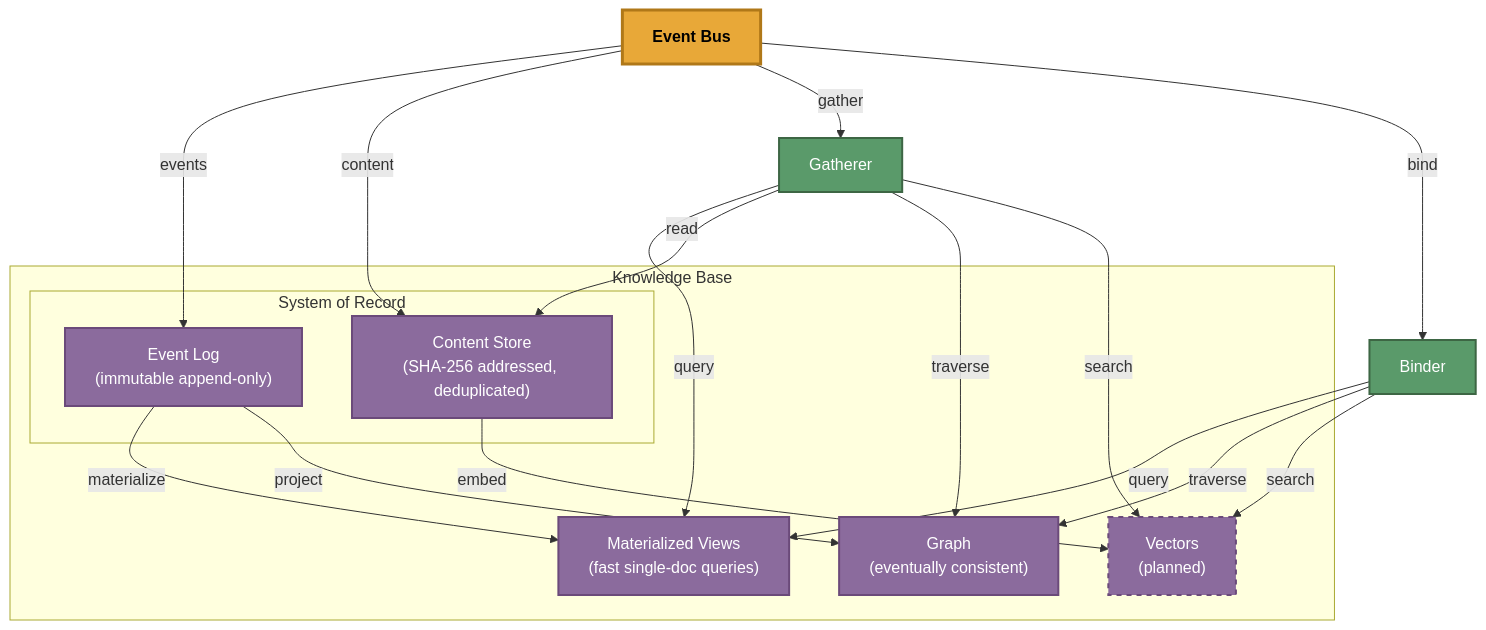
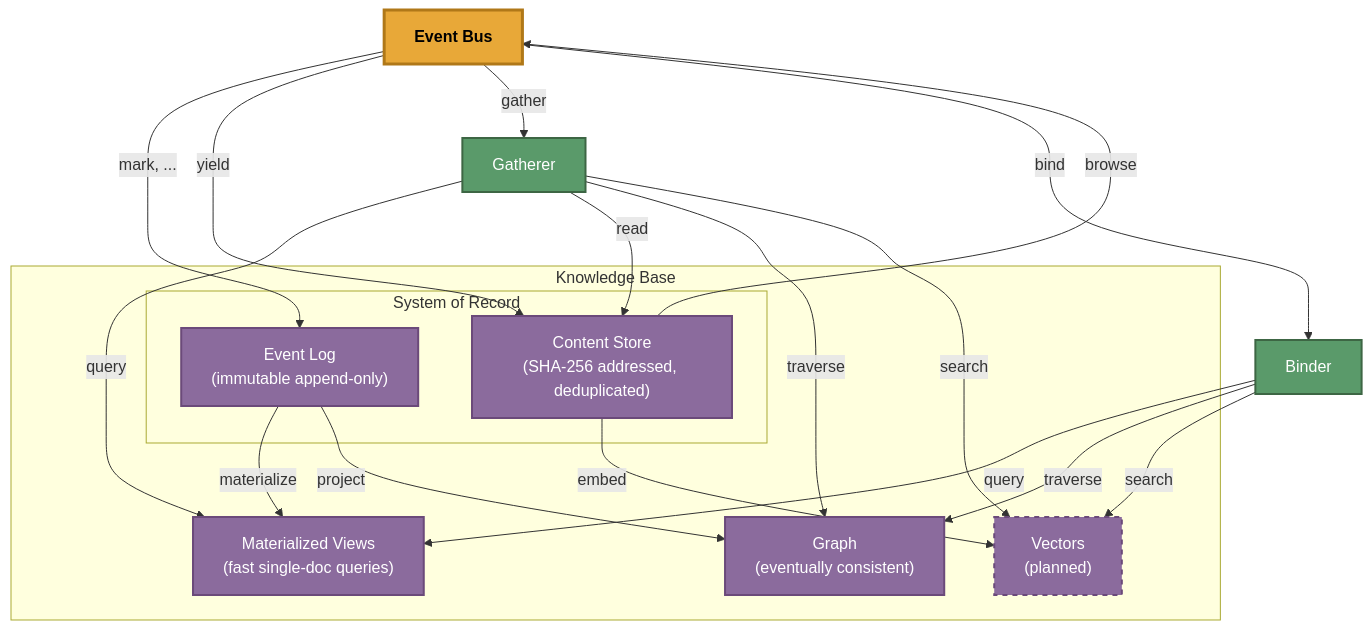
One commit to The-AI-Alliance/semiont changed the third of 3 diagrams in docs/ARCHITECTURE-NEXT.md. Above: the diagram before and after it, drawn with Mermaid.

Commit message:
more labelled events in KB diagram

````diff
--- a/docs/ARCHITECTURE-NEXT.md
+++ b/docs/ARCHITECTURE-NEXT.md
@@ -104,40 +104,41 @@
 ```mermaid
 graph TB
-    BUS["Event Bus"] -->|events| EVENTLOG
-    BUS -->|content| CONTENT
+    BUS["Event Bus"] -->|"mark, ..."| EVENTLOG
+    BUS -->|"yield"| CONTENT
+    CONTENT -->|"browse"| BUS
     BUS -->|"gather"| GATHERER["Gatherer"]
     BUS -->|"bind"| BINDER["Binder"]
 
     subgraph kb ["Knowledge Base"]
         subgraph sor ["System of Record"]
             EVENTLOG["Event Log<br/>(immutable append-only)"]
             CONTENT["Content Store<br/>(SHA-256 addressed, deduplicated)"]
         end
         VIEWS["Materialized Views<br/>(fast single-doc queries)"]
         GRAPH["Graph<br/>(eventually consistent)"]
         VECTORS["Vectors<br/>(planned)"]
 
         EVENTLOG -->|materialize| VIEWS
         EVENTLOG -->|project| GRAPH
         CONTENT -->|embed| VECTORS
     end
 
     GATHERER -->|query| VIEWS
     GATHERER -->|read| CONTENT
     GATHERER -->|traverse| GRAPH
     GATHERER -->|search| VECTORS
 
     BINDER -->|query| VIEWS
     BINDER -->|traverse| GRAPH
     BINDER -->|search| VECTORS
 
     classDef bus fill:#e8a838,stroke:#b07818,stroke-width:3px,color:#000,font-weight:bold
     classDef store fill:#8b6b9d,stroke:#6b4a7a,stroke-width:2px,color:#fff
     classDef planned fill:#8b6b9d,stroke:#6b4a7a,stroke-width:2px,color:#fff,stroke-dasharray: 5 5
     classDef worker fill:#5a9a6a,stroke:#3d6644,stroke-width:2px,color:#fff
 
     class BUS bus
     class EVENTLOG,VIEWS,CONTENT,GRAPH store
     class VECTORS planned
     class GATHERER,BINDER worker
 ```
````
